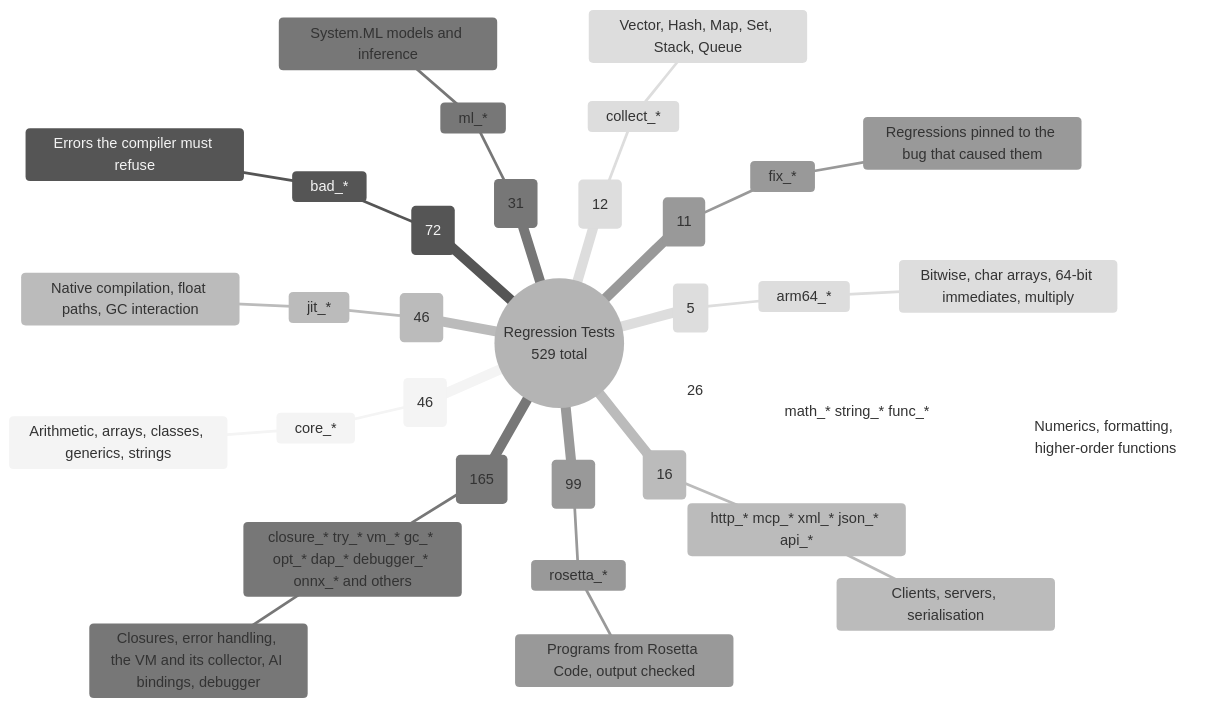
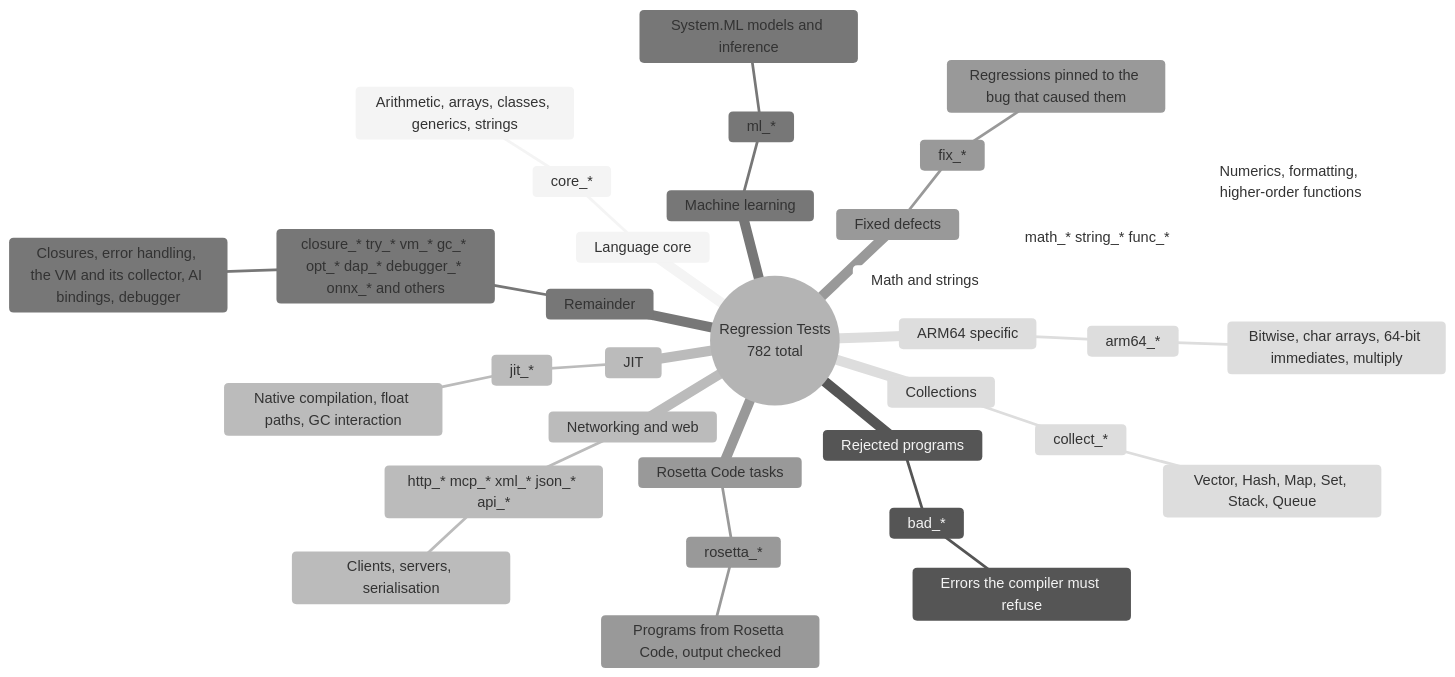
Before and after one commit to objeck/objeck-lang: diagram 17 of 24 in docs/architecture.md, drawn with Mermaid (neutral theme). The commit also changed other lines of this file and 16 other files, not shown here.

First line of the commit message:
Docs: architecture map, directory READMEs, and corrections found while checking them

````diff
--- a/docs/architecture.md
+++ b/docs/architecture.md
@@ -935,38 +934,38 @@
 ```mermaid
 mindmap
     root((Regression Tests
-    529 total))
-        Language core (46)
+    782 total))
+        Language core
             core_*
                 Arithmetic, arrays, classes, generics, strings
-        Rejected programs (72)
+        Rejected programs
             bad_*
                 Errors the compiler must refuse
-        JIT (46)
+        JIT
             jit_*
                 Native compilation, float paths, GC interaction
-        Machine learning (31)
+        Machine learning
             ml_*
                 System.ML models and inference
-        Fixed defects (11)
+        Fixed defects
             fix_*
                 Regressions pinned to the bug that caused them
-        Collections (12)
+        Collections
             collect_*
                 Vector, Hash, Map, Set, Stack, Queue
-        Math and strings (26)
+        Math and strings
             math_* string_* func_*
                 Numerics, formatting, higher-order functions
-        ARM64 specific (5)
+        ARM64 specific
             arm64_*
                 Bitwise, char arrays, 64-bit immediates, multiply
-        Networking and web (16)
+        Networking and web
             http_* mcp_* xml_* json_* api_*
                 Clients, servers, serialisation
-        Rosetta Code tasks (99)
+        Rosetta Code tasks
             rosetta_*
                 Programs from Rosetta Code, output checked
-        Remainder (165)
+        Remainder
             closure_* try_* vm_* gc_* opt_* dap_* debugger_* onnx_* and others
                 Closures, error handling, the VM and its collector, AI bindings, debugger
 ```
````
